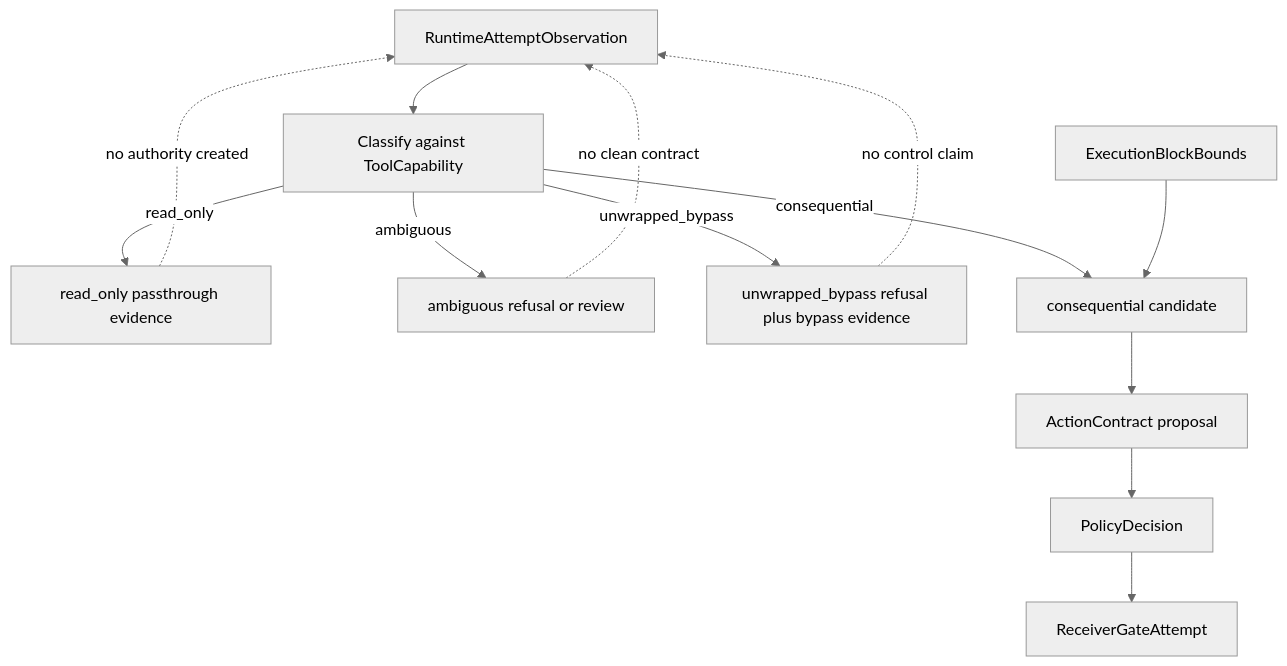
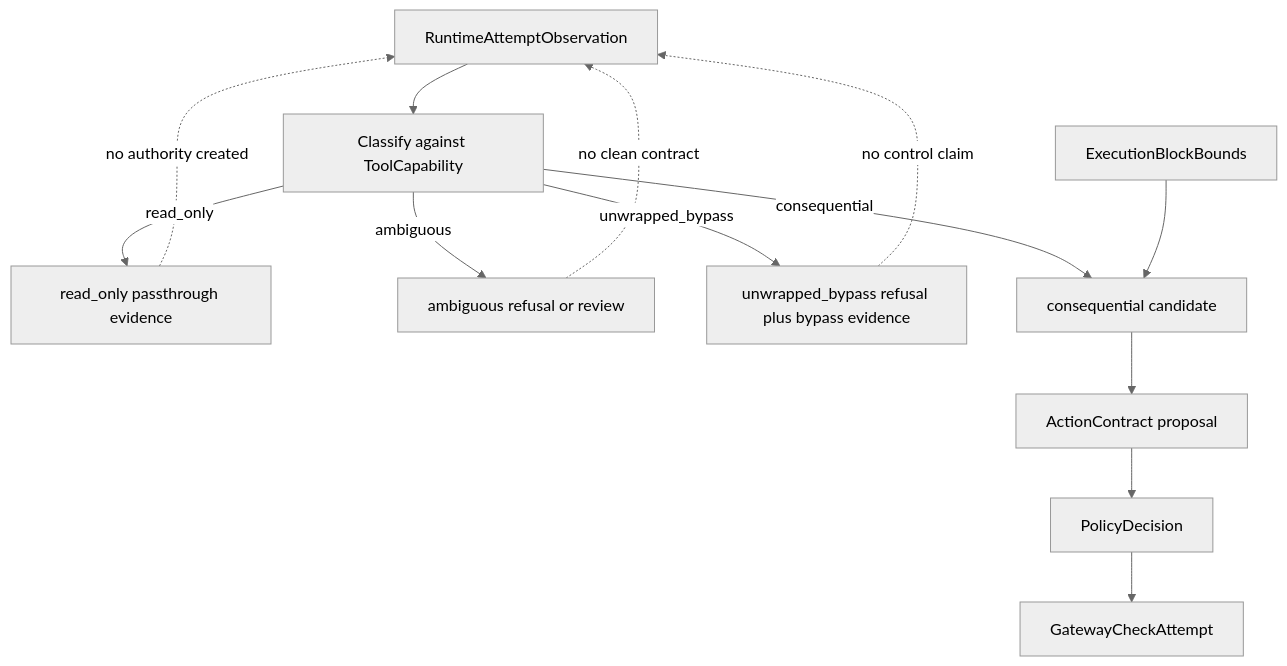
One commit to CreasyBear/handshake-protocol-source changed the sixth of 6 diagrams in docs/product-and-protocol-diagrams.md. Above: the diagram before and after it, drawn with Mermaid (neutral theme). The commit also changed other lines of this file and 72 other files, not shown here.

````diff
--- a/docs/product-and-protocol-diagrams.md
+++ b/docs/product-and-protocol-diagrams.md
@@ -250,25 +253,25 @@
 ```mermaid
 flowchart TD
   observed["RuntimeAttemptObservation"]
   classify["Classify against ToolCapability"]
   readOnly["read_only passthrough evidence"]
   ambiguous["ambiguous refusal or review"]
   bypass["unwrapped_bypass refusal plus bypass evidence"]
   consequential["consequential candidate"]
   bounds["ExecutionBlockBounds"]
   contract["ActionContract proposal"]
   policy["PolicyDecision"]
-  receiver["ReceiverGateAttempt"]
+  gateway["GatewayCheckAttempt"]
 
   observed --> classify
   classify -->|"read_only"| readOnly
   classify -->|"ambiguous"| ambiguous
   classify -->|"unwrapped_bypass"| bypass
   classify -->|"consequential"| consequential
   bounds --> consequential
-  consequential --> contract --> policy --> receiver
+  consequential --> contract --> policy --> gateway
 
   readOnly -.->|"no authority created"| observed
   ambiguous -.->|"no clean contract"| observed
   bypass -.->|"no control claim"| observed
 ```
````
